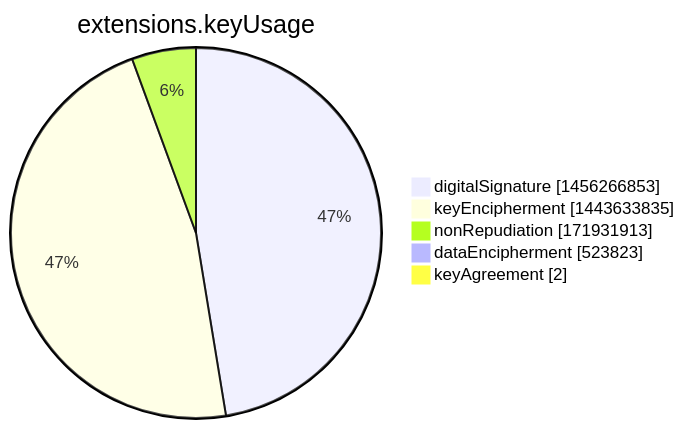
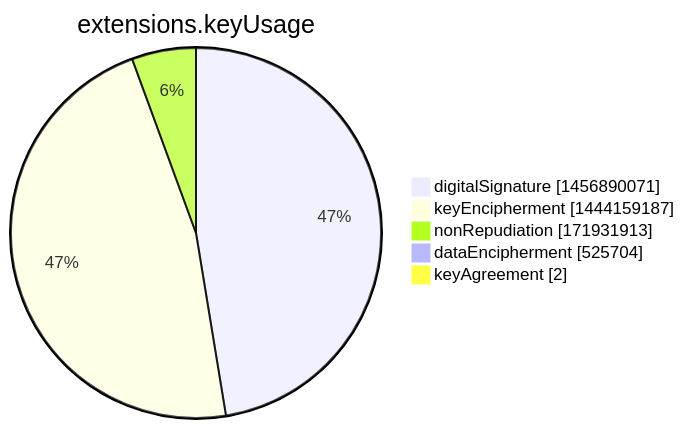
Before and after one commit to christiankrug/ctmonitor_visualization: the seventh of 15 diagrams in argon2022/README.md, drawn with Mermaid. The commit also changed other lines of this file, not shown here.

````diff
--- a/argon2022/README.md
+++ b/argon2022/README.md
@@ -2751,9 +2751,9 @@
 ```mermaid
 pie showData
 title extensions.keyUsage
-"digitalSignature" :1456266853
-"keyEncipherment" :1443633835
+"digitalSignature" :1456890071
+"keyEncipherment" :1444159187
 "nonRepudiation" :171931913
-"dataEncipherment" :523823
+"dataEncipherment" :525704
 "keyAgreement" :2
 ```
````
